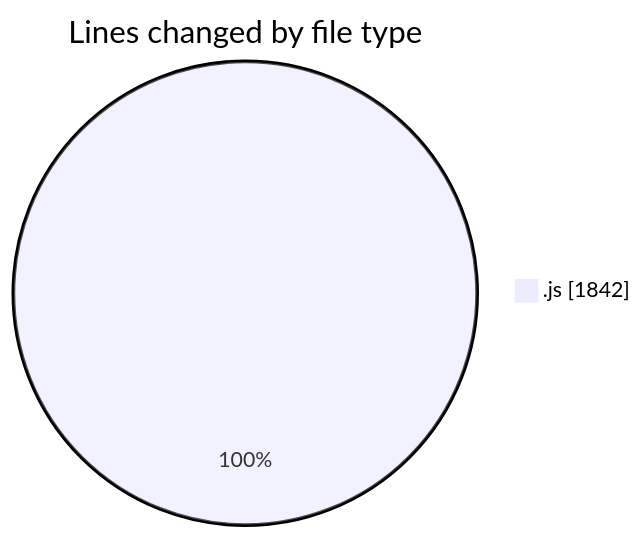
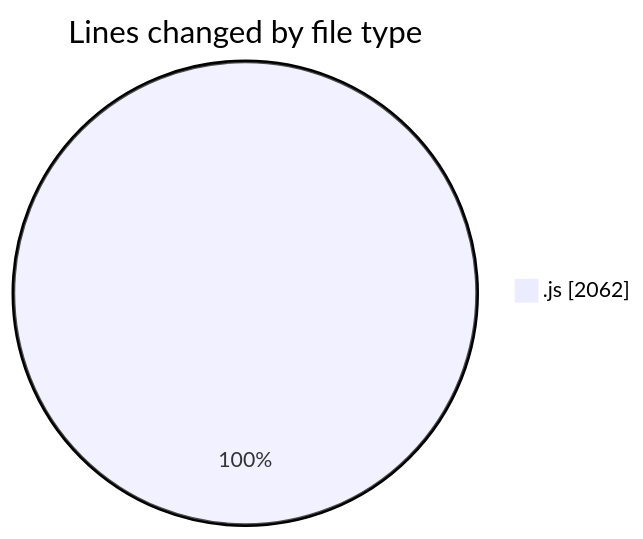
The first of 2 diagrams in 2025-08-04/javascript/README.md (Ritupan-Deka/code-tracking), drawn with Mermaid before and after one commit. The commit also changed other lines of this file and 1 other file, not shown here.

````diff
--- a/2025-08-04/javascript/README.md
+++ b/2025-08-04/javascript/README.md
@@ -23,5 +23,5 @@
 ```mermaid
 pie showData
 title Lines changed by file type
-".js" : 1842
+".js" : 2062
 ```
````
